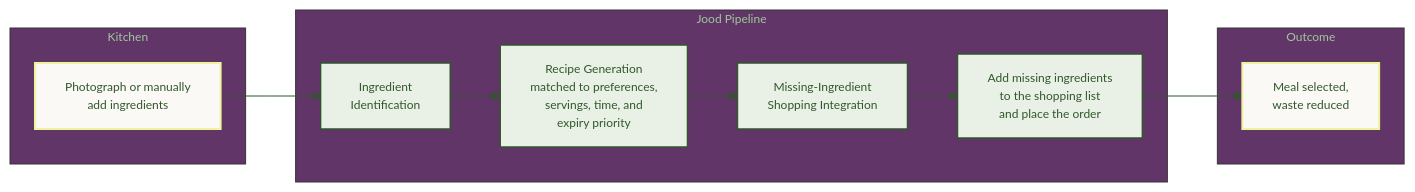
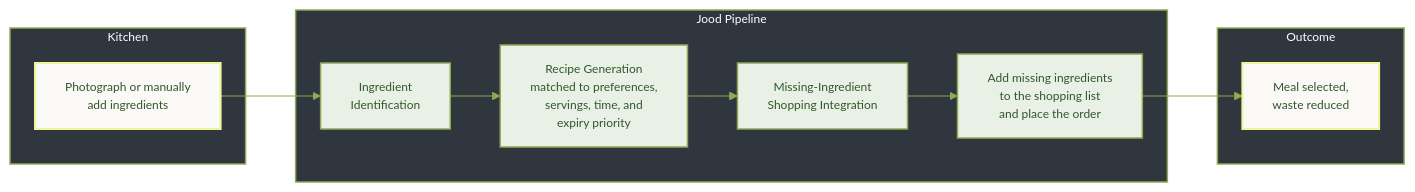
One commit to Jood-Labs/Jood changed the first of 4 diagrams in README.md. Above: the diagram before and after it, drawn with Mermaid. The commit also changed other lines of this file, not shown here.

````diff
--- a/README.md
+++ b/README.md
@@ -38,41 +39,45 @@
 ```mermaid
 %%{init: {
   'theme':'base',
   'themeVariables': {
     'primaryColor':'#31572C',
     'primaryTextColor':'#FAF9F6',
     'primaryBorderColor':'#EDF49A',
-    'lineColor':'#31572C',
+    'lineColor':'#90A955',
     'textColor':'#31572C',
     'fontSize':'12px'
   }
 }}%%
 
 flowchart LR
 
     subgraph Input["Kitchen"]
         A["Photograph or manually<br/>add ingredients"]
     end
 
     subgraph Jood["Jood Pipeline"]
         B["Ingredient<br/>Identification"]
         C["Recipe Generation<br/>matched to preferences,<br/>servings, time, and<br/>expiry priority"]
         D["Missing-Ingredient<br/>Shopping Integration"]
         E["Add missing ingredients<br/>to the shopping list<br/>and place the order"]
 
         B --> C --> D --> E
     end
 
     subgraph Output["Outcome"]
         G["Meal selected,<br/>waste reduced"]
     end
 
     A --> B
     E --> G
 
-    classDef stage fill:#E9F1E6,stroke:#31572C,stroke-width:1.5px,color:#31572C;
+    classDef stage fill:#E9F1E6,stroke:#90A955,stroke-width:1.5px,color:#31572C;
     classDef edge fill:#FAF9F6,stroke:#EDF49A,stroke-width:2px,color:#31572C;
 
     class B,C,D,E stage;
     class A,G edge;
+
+    style Input fill:#30363D,stroke:#90A955,stroke-width:1.5px,color:#FFFFFF
+    style Jood fill:#30363D,stroke:#90A955,stroke-width:1.5px,color:#FFFFFF
+    style Output fill:#30363D,stroke:#90A955,stroke-width:1.5px,color:#FFFFFF
 ```
````
